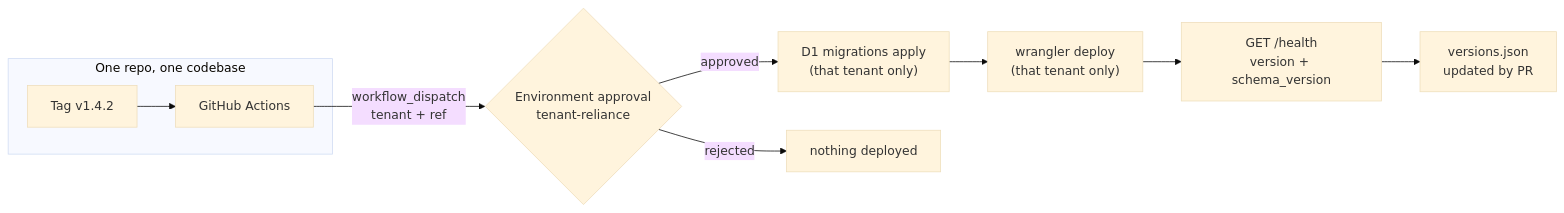
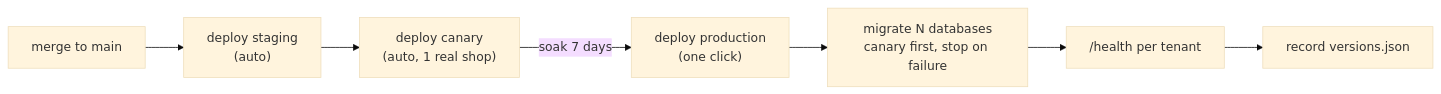
The diagram in docs/release-management.md (chandra447/Traasu), drawn with Mermaid (base theme) before and after one commit. The commit also changed other lines of this file and 2 other files, not shown here.

First line of the commit message:
Pool compute: one Worker, one D1 per enterprise

````diff
--- a/docs/release-management.md
+++ b/docs/release-management.md
@@ -7,12 +8,9 @@
 ```mermaid
 flowchart LR
-    subgraph Repo["One repo, one codebase"]
-        Tag["Tag v1.4.2"] --> CI["GitHub Actions"]
-    end
-    CI -->|"workflow_dispatch<br/>tenant + ref"| Gate{"Environment approval<br/>tenant-reliance"}
-    Gate -->|approved| Mig["D1 migrations apply<br/>(that tenant only)"]
-    Mig --> Dep["wrangler deploy<br/>(that tenant only)"]
-    Dep --> Smoke["GET /health<br/>version + schema_version"]
-    Smoke --> Reg["versions.json<br/>updated by PR"]
-    Gate -->|rejected| Stop["nothing deployed"]
+    Merge["merge to main"] --> Stg["deploy staging<br/>(auto)"]
+    Stg --> Can["deploy canary<br/>(auto, 1 real shop)"]
+    Can -->|"soak 7 days"| Prod["deploy production<br/>(one click)"]
+    Prod --> Mig["migrate N databases<br/>canary first, stop on failure"]
+    Mig --> Smoke["/health per tenant"]
+    Smoke --> Reg["record versions.json"]
 ```
````
